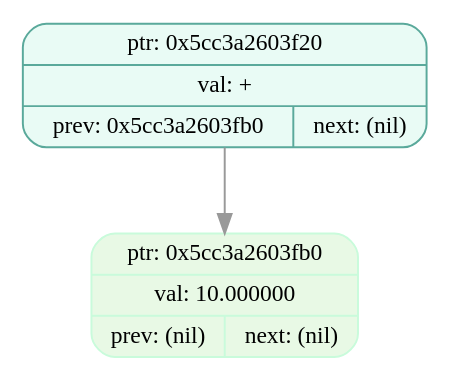
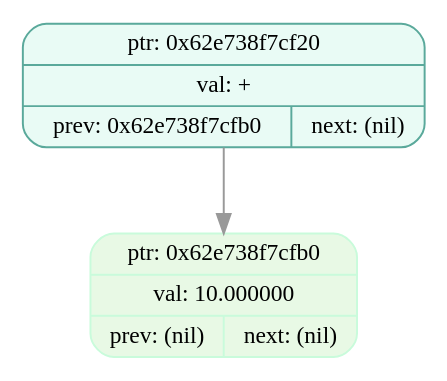
Before and after one commit to EvilTomato9890/Difference: the diagram in dumps/tree_dump_001.dot, drawn with Graphviz. The commit also changed 37 other files, not shown here.

```diff
--- a/dumps/tree_dump_001.dot
+++ b/dumps/tree_dump_001.dot
@@ -1,7 +1,7 @@
 digraph T{
   node [fontname="Fira Mono",shape=record,style="filled,rounded",fontsize=12];
   graph [splines=true, nodesep=0.6, ranksep=0.6];
-  node_0x5cc3a2603f20[shape=record,label="{ {ptr: 0x5cc3a2603f20} | {val: +} | { prev: 0x5cc3a2603fb0 | next: (nil) } }",color="#5aa99b",fillcolor="#e9fbf5"];
-  node_0x5cc3a2603fb0[shape=record,label="{ {ptr: 0x5cc3a2603fb0} | {val: 10.000000} | { prev: (nil) | next: (nil) } }",color="#c9fbdbff",fillcolor="#e8f9e5ff"];
-  node_0x5cc3a2603f20 -> node_0x5cc3a2603fb0 [color="#999999"];
+  node_0x62e738f7cf20[shape=record,label="{ {ptr: 0x62e738f7cf20} | {val: +} | { prev: 0x62e738f7cfb0 | next: (nil) } }",color="#5aa99b",fillcolor="#e9fbf5"];
+  node_0x62e738f7cfb0[shape=record,label="{ {ptr: 0x62e738f7cfb0} | {val: 10.000000} | { prev: (nil) | next: (nil) } }",color="#c9fbdbff",fillcolor="#e8f9e5ff"];
+  node_0x62e738f7cf20 -> node_0x62e738f7cfb0 [color="#999999"];
 }
```
